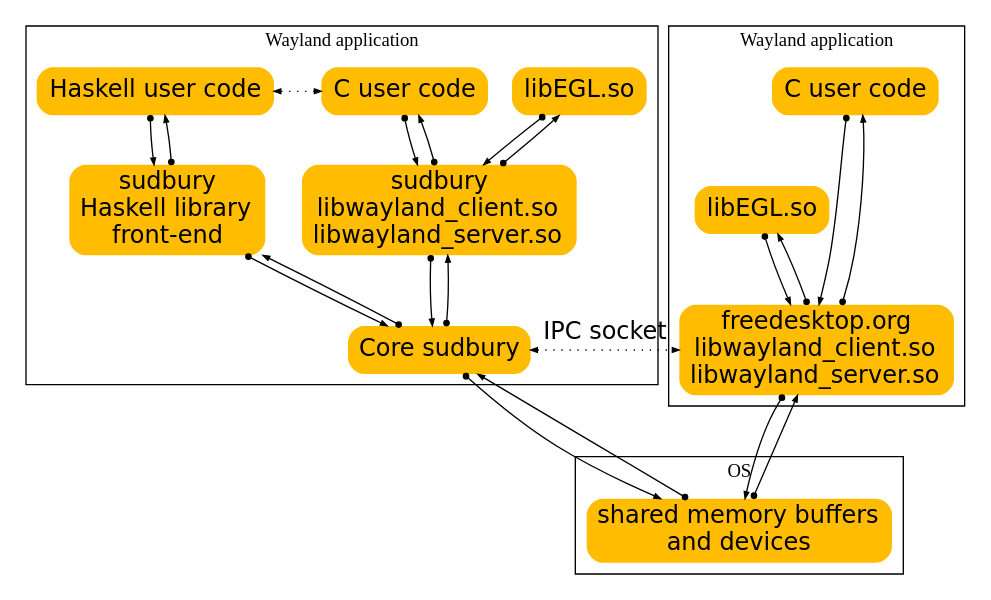
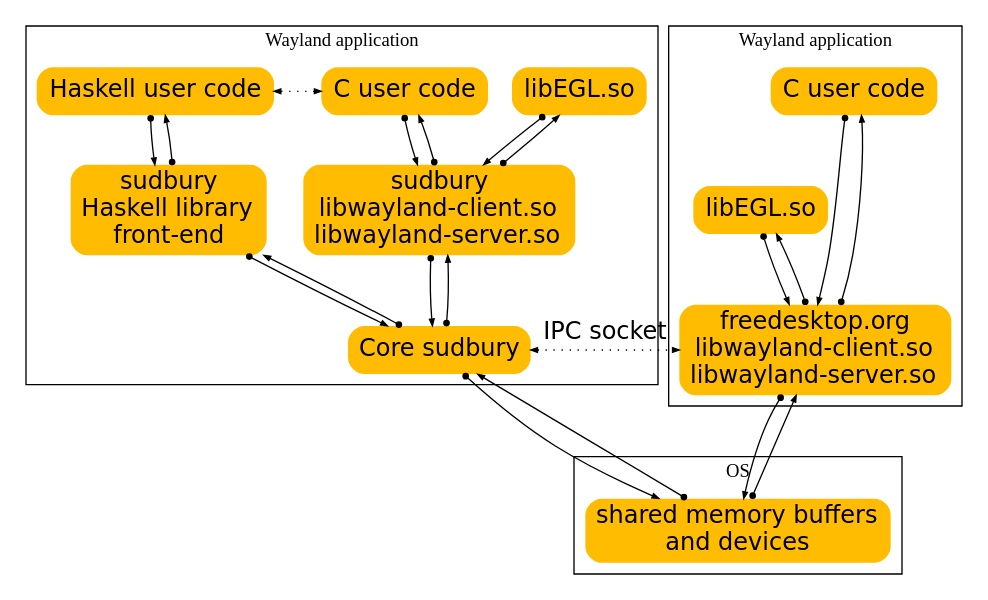
Before and after one commit to abooij/sudbury: the diagram in sudbury_architecture.gv, drawn with Graphviz. The commit also changed 1 other file, not shown here.

Commit message:
libwayland_client.so -> libwayland-client.so

```diff
--- a/sudbury_architecture.gv
+++ b/sudbury_architecture.gv
@@ -1,79 +1,79 @@
 digraph arch_wayland {
   edge[
     fontname="DejaVu Sans",
     dir="both",
     arrowtail="dot",
     arrowsize=.5,
     fontname="DejaVu Sans",
     fontsize="18",
   ]
 
   node[
     color=none,
     fontname="DejaVu Sans",
     fontsize="18",
     shape=box,
     style="rounded,filled",
     fillcolor="#ffbc00"
   ]
 
   newrank=true
 
   subgraph cluster_app1 {
     label="Wayland application"
 
     egl_h [label="libEGL.so"]
     user_h [label="Haskell user code"]
     user_c [label="C user code"]
     { rank=same; user_h, user_c, egl_h }
 
     user_h -> user_c [style=dotted, arrowtail=normal]
 
     front_h [label=<sudbury<BR/>Haskell library<BR/>front-end>]
-    front_c [label=<sudbury<BR/>libwayland_client.so<BR/>libwayland_server.so>]
+    front_c [label=<sudbury<BR/>libwayland-client.so<BR/>libwayland-server.so>]
     { rank=same; front_h, front_c }
 
     user_h -> front_h
     front_h -> user_h
 
     user_c -> front_c
     front_c -> user_c
 
     front_c -> egl_h
     egl_h -> front_c
 
     core [label="Core sudbury"]
 
     {front_h, front_c} -> core
     core -> {front_h, front_c}
   }
 
   subgraph cluster_app2 {
     label="Wayland application"
 
     user_c2 [label="C user code"]
 
     egl_c [label="libEGL.so"]
 
-    libwl [label=<freedesktop.org<BR/>libwayland_client.so<BR/>libwayland_server.so>]
+    libwl [label=<freedesktop.org<BR/>libwayland-client.so<BR/>libwayland-server.so>]
 
     egl_c -> libwl
     libwl -> egl_c
 
     user_c2 -> libwl
     libwl -> user_c2
   }
   { rank=min; user_c2, user_c }
   { rank=same; libwl, core }
 
   core -> libwl [style=dotted, arrowtail=normal, label="IPC socket"]
 
   subgraph cluster_os {
     label="OS"
 
     ram [shape=record, label=<shared memory buffers<BR/>and devices>]
   }
   ram -> {core, libwl}
   ram -> libwl [style=invis, label=" "]
   {core, libwl} -> ram
 }
```
